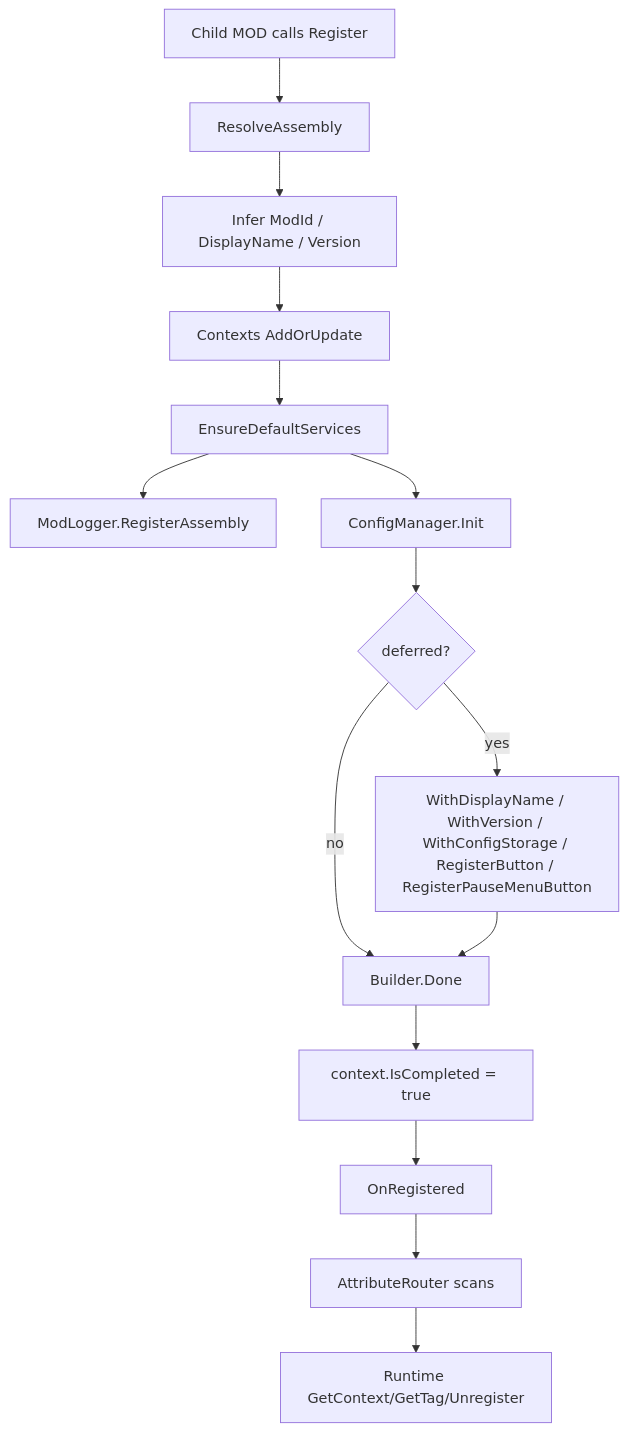
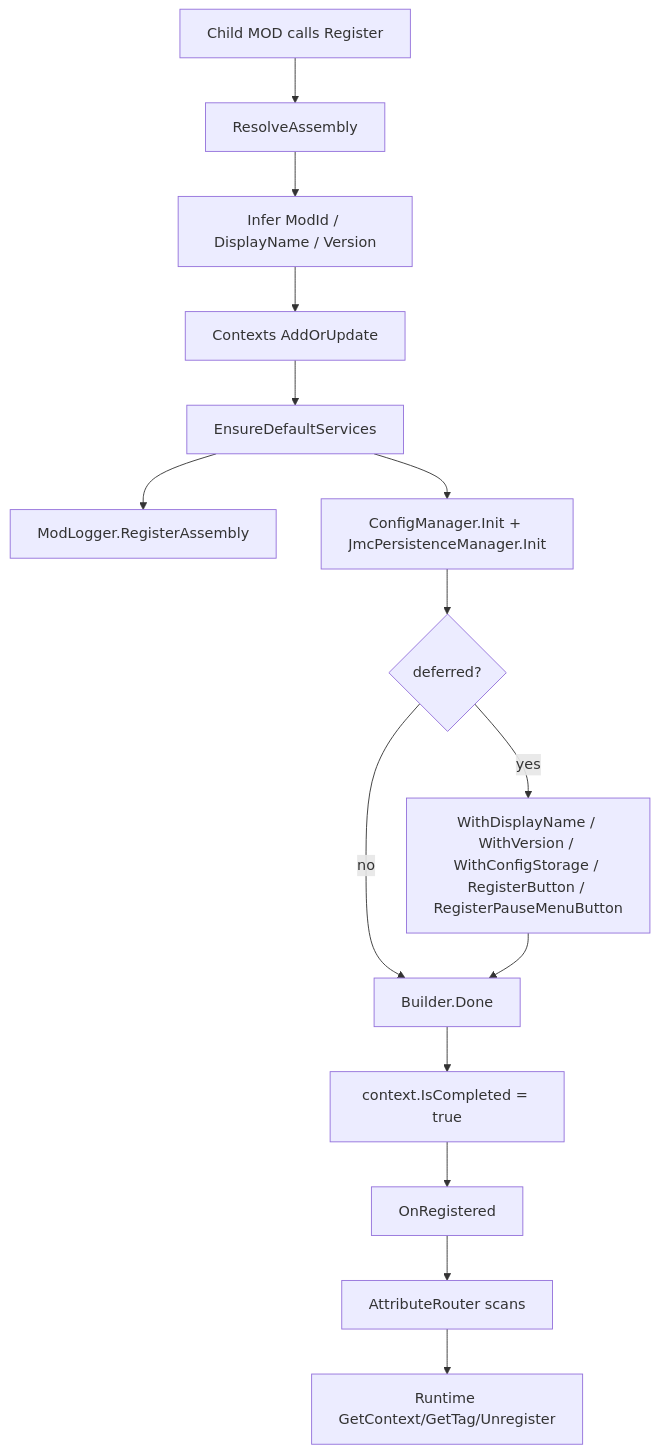
Before and after one commit to JMC-Mods/SlayTheSpire2_JmcModLib: the second of 16 diagrams in docs/JML_API_Reference_en.md, drawn with Mermaid. The commit also changed other lines of this file and 35 other files, not shown here.

````diff
--- a/docs/JML_API_Reference_en.md
+++ b/docs/JML_API_Reference_en.md
@@ -60,17 +61,17 @@
 ```mermaid
 flowchart TD
     A[Child MOD calls Register] --> B[ResolveAssembly]
     B --> C[Infer ModId / DisplayName / Version]
     C --> D[Contexts AddOrUpdate]
     D --> E[EnsureDefaultServices]
     E --> F[ModLogger.RegisterAssembly]
-    E --> G[ConfigManager.Init]
+    E --> G[ConfigManager.Init + JmcPersistenceManager.Init]
     G --> H{deferred?}
     H -- no --> I[Builder.Done]
     H -- yes --> J[WithDisplayName / WithVersion / WithConfigStorage / RegisterButton / RegisterPauseMenuButton]
     J --> I
     I --> K[context.IsCompleted = true]
     K --> L[OnRegistered]
     L --> M[AttributeRouter scans]
     M --> N[Runtime GetContext/GetTag/Unregister]
 ```
````
